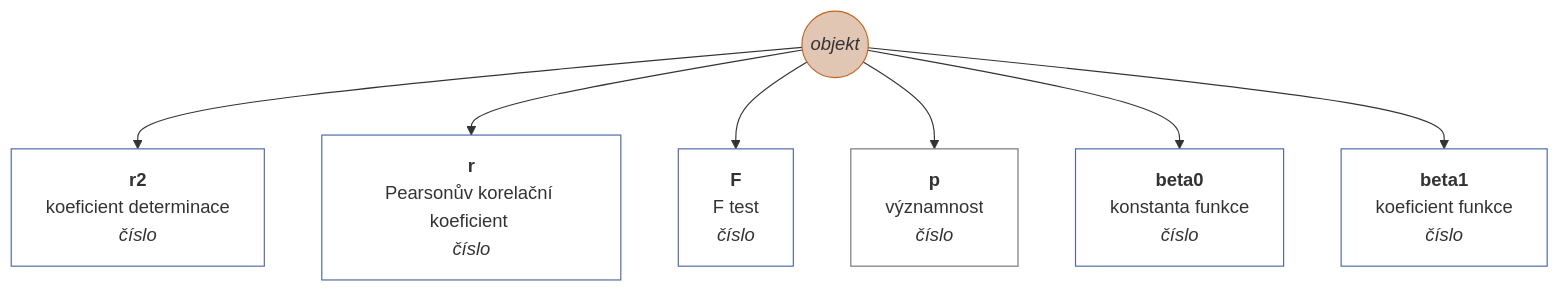
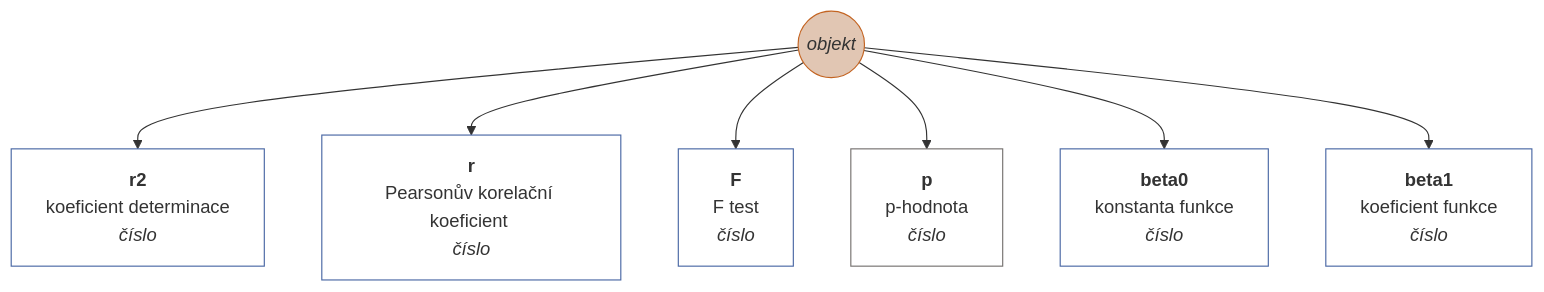
Before and after one commit to muzikp/retusa: diagram 25 of 38 in docs/cs-CZ.md, drawn with Mermaid. The commit also changed other lines of this file and 8 other files, not shown here.

````diff
--- a/docs/cs-CZ.md
+++ b/docs/cs-CZ.md
@@ -865,25 +865,25 @@
 ```mermaid
 graph TD
 linreg((<i>objekt</i>))
 style linreg fill:#E1C6B3;
 style linreg stroke:#C36422;
 linreg --> r2[<b>r2</b><br>koeficient determinace <br><i>číslo</i>]
 style r2 fill:#FFFFFF;
 style r2 stroke:#4967A4;
 linreg --> r[<b>r</b><br>Pearsonův korelační koeficient <br><i>číslo</i>]
 style r fill:#FFFFFF;
 style r stroke:#4967A4;
 linreg --> F[<b>F</b><br>F test <br><i>číslo</i>]
 style F fill:#FFFFFF;
 style F stroke:#4967A4;
-linreg --> p[<b>p</b><br>významnost <br><i>číslo</i>]
+linreg --> p[<b>p</b><br>p-hodnota <br><i>číslo</i>]
 style p fill:#FFFFFF;
 style p stroke:#75716F;
 linreg --> beta0[<b>beta0</b><br>konstanta funkce <br><i>číslo</i>]
 style beta0 fill:#FFFFFF;
 style beta0 stroke:#4967A4;
 linreg --> beta1[<b>beta1</b><br>koeficient funkce <br><i>číslo</i>]
 style beta1 fill:#FFFFFF;
 style beta1 stroke:#4967A4;
 
 ```
````
